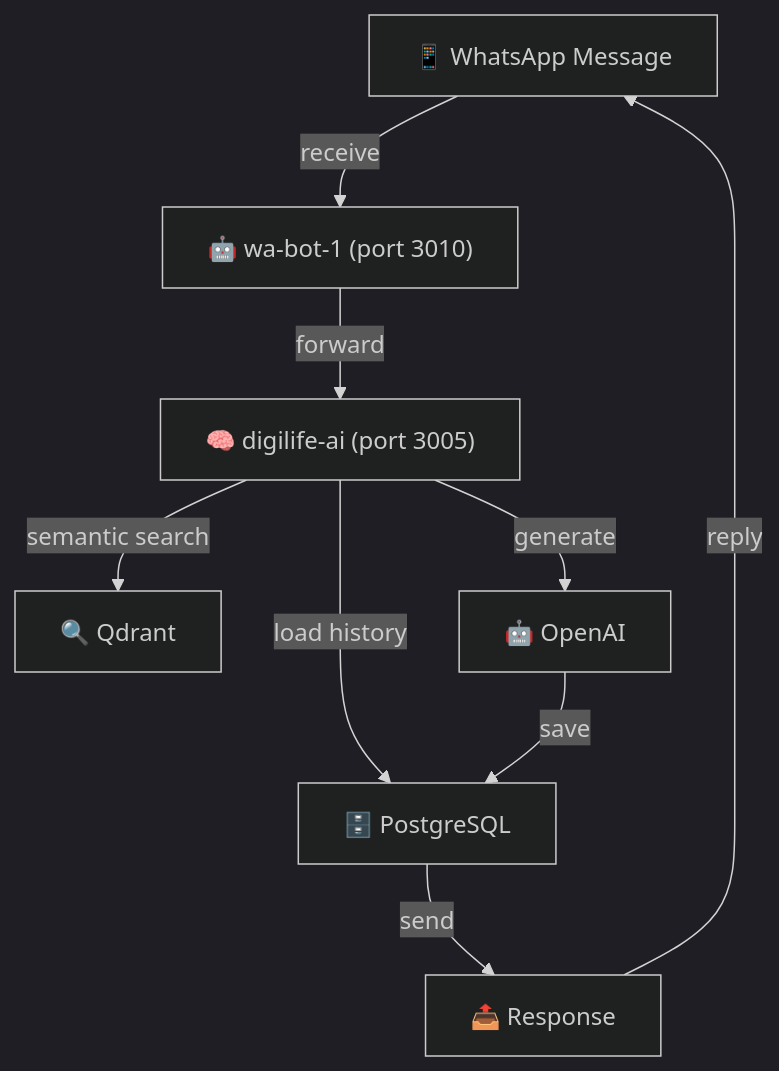
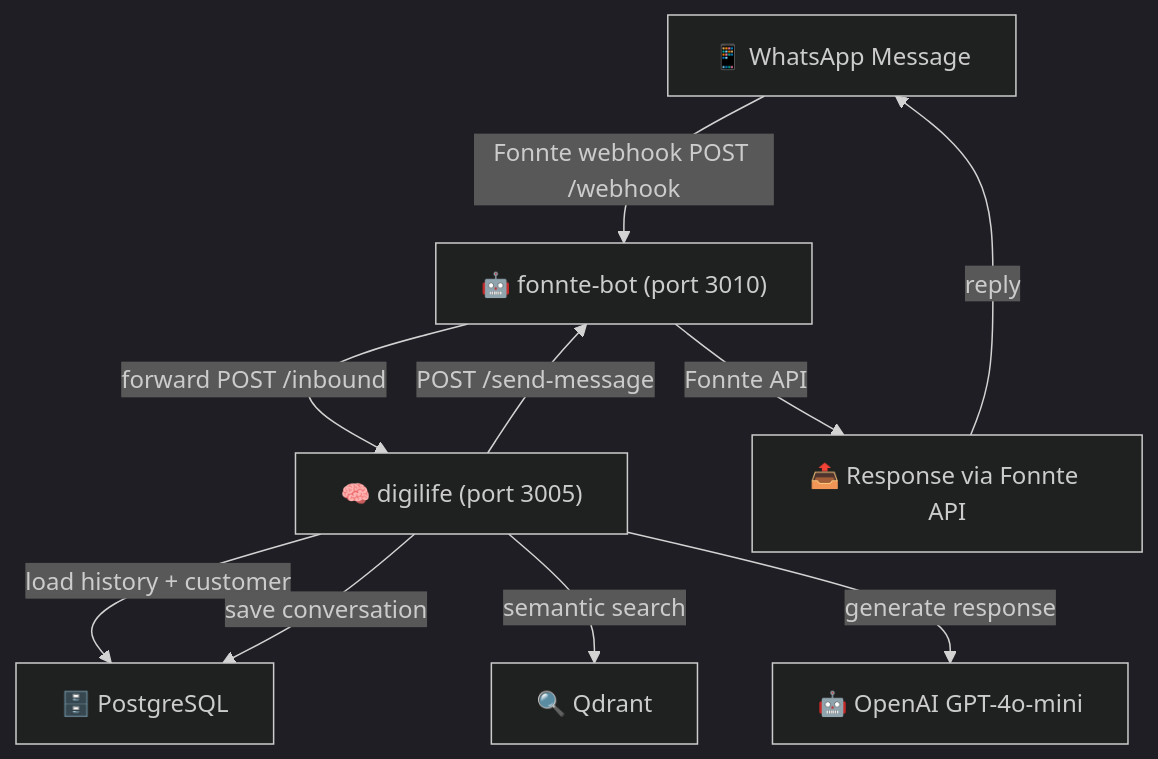
One commit to markplus-apps/digilife-bot changed the diagram in DOCUMENTATION/WA-BOT/README.md. Above: the diagram before and after it, drawn with Mermaid (dark theme). The commit also changed other lines of this file and 3 other files, not shown here.

Commit message:
docs: update WA-BOT documentation to reflect Fonnte + PostgreSQL production state

````diff
--- a/DOCUMENTATION/WA-BOT/README.md
+++ b/DOCUMENTATION/WA-BOT/README.md
@@ -90,19 +90,20 @@
 ```mermaid
 graph TD
     WA["📱 WhatsApp Message"]
-    BOT["🤖 wa-bot-1 (port 3010)"]
-    DIG["🧠 digilife-ai (port 3005)"]
+    FONNTE["🤖 fonnte-bot (port 3010)"]
+    DIG["🧠 digilife (port 3005)"]
     DB["🗄️ PostgreSQL"]
     QDA["🔍 Qdrant"]
-    GPT["🤖 OpenAI"]
-    RESP["📤 Response"]
+    GPT["🤖 OpenAI GPT-4o-mini"]
+    RESP["📤 Response via Fonnte API"]
     
-    WA -->|receive| BOT
-    BOT -->|forward| DIG
-    DIG -->|load history| DB
+    WA -->|Fonnte webhook POST /webhook| FONNTE
+    FONNTE -->|forward POST /inbound| DIG
+    DIG -->|load history + customer| DB
     DIG -->|semantic search| QDA
-    DIG -->|generate| GPT
-    GPT -->|save| DB
-    DB -->|send| RESP
+    DIG -->|generate response| GPT
+    DIG -->|save conversation| DB
+    DIG -->|POST /send-message| FONNTE
+    FONNTE -->|Fonnte API| RESP
     RESP -->|reply| WA
 ```
````
